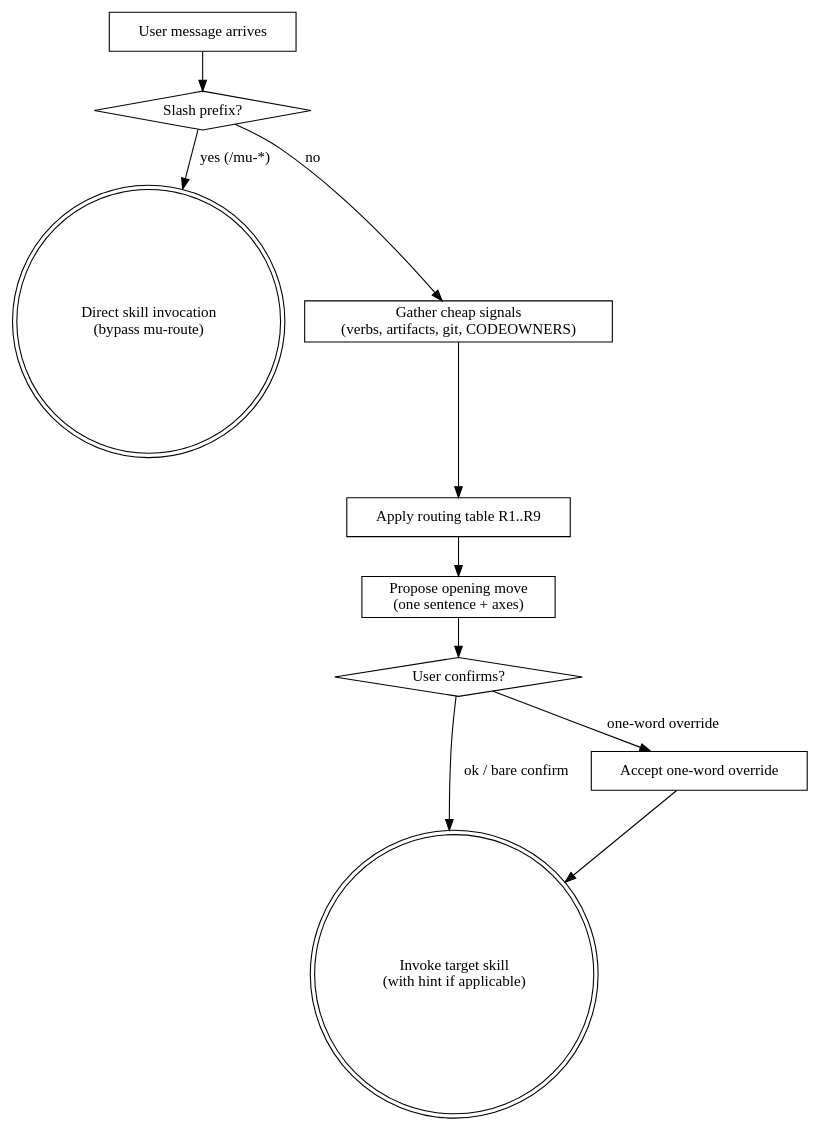
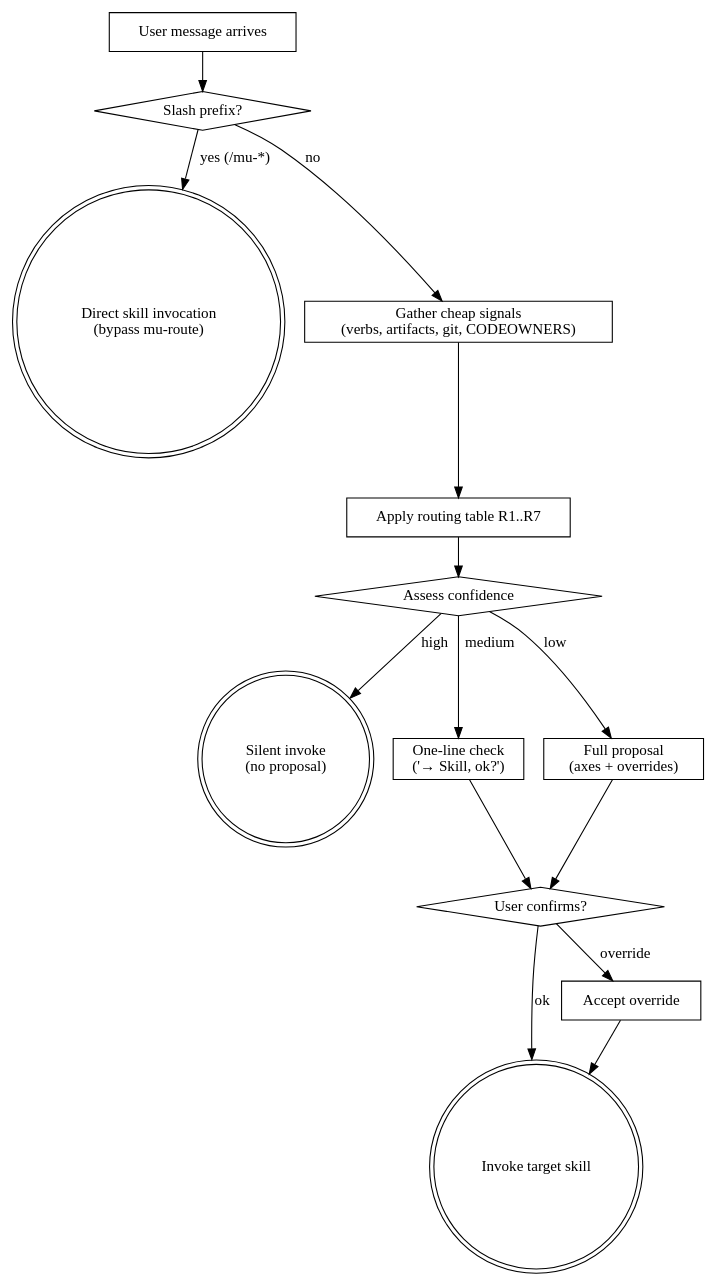
The diagram in skills/mu-route/SKILL.md (knotmark-ai/devmuse), drawn with Graphviz before and after one commit. The commit also changed other lines of this file and 9 other files, not shown here.

First line of the commit message:
refactor: confidence-based routing + domain filter + on-demand skills

````diff
--- a/skills/mu-route/SKILL.md
+++ b/skills/mu-route/SKILL.md
@@ -36,23 +37,30 @@
 ```dot
 digraph mu_route {
     "User message arrives" [shape=box];
     "Slash prefix?" [shape=diamond];
     "Direct skill invocation\n(bypass mu-route)" [shape=doublecircle];
     "Gather cheap signals\n(verbs, artifacts, git, CODEOWNERS)" [shape=box];
-    "Apply routing table R1..R9" [shape=box];
-    "Propose opening move\n(one sentence + axes)" [shape=box];
+    "Apply routing table R1..R7" [shape=box];
+    "Assess confidence" [shape=diamond];
+    "Silent invoke\n(no proposal)" [shape=doublecircle];
+    "One-line check\n('→ Skill, ok?')" [shape=box];
+    "Full proposal\n(axes + overrides)" [shape=box];
     "User confirms?" [shape=diamond];
-    "Invoke target skill\n(with hint if applicable)" [shape=doublecircle];
-    "Accept one-word override" [shape=box];
+    "Invoke target skill" [shape=doublecircle];
+    "Accept override" [shape=box];
 
     "User message arrives" -> "Slash prefix?";
     "Slash prefix?" -> "Direct skill invocation\n(bypass mu-route)" [label="yes (/mu-*)"];
     "Slash prefix?" -> "Gather cheap signals\n(verbs, artifacts, git, CODEOWNERS)" [label="no"];
-    "Gather cheap signals\n(verbs, artifacts, git, CODEOWNERS)" -> "Apply routing table R1..R9";
-    "Apply routing table R1..R9" -> "Propose opening move\n(one sentence + axes)";
-    "Propose opening move\n(one sentence + axes)" -> "User confirms?";
-    "User confirms?" -> "Invoke target skill\n(with hint if applicable)" [label="ok / bare confirm"];
-    "User confirms?" -> "Accept one-word override" [label="one-word override"];
-    "Accept one-word override" -> "Invoke target skill\n(with hint if applicable)";
+    "Gather cheap signals\n(verbs, artifacts, git, CODEOWNERS)" -> "Apply routing table R1..R7";
+    "Apply routing table R1..R7" -> "Assess confidence";
+    "Assess confidence" -> "Silent invoke\n(no proposal)" [label="high"];
+    "Assess confidence" -> "One-line check\n('→ Skill, ok?')" [label="medium"];
+    "Assess confidence" -> "Full proposal\n(axes + overrides)" [label="low"];
+    "One-line check\n('→ Skill, ok?')" -> "User confirms?";
+    "Full proposal\n(axes + overrides)" -> "User confirms?";
+    "User confirms?" -> "Invoke target skill" [label="ok"];
+    "User confirms?" -> "Accept override" [label="override"];
+    "Accept override" -> "Invoke target skill";
 }
 ```
````
